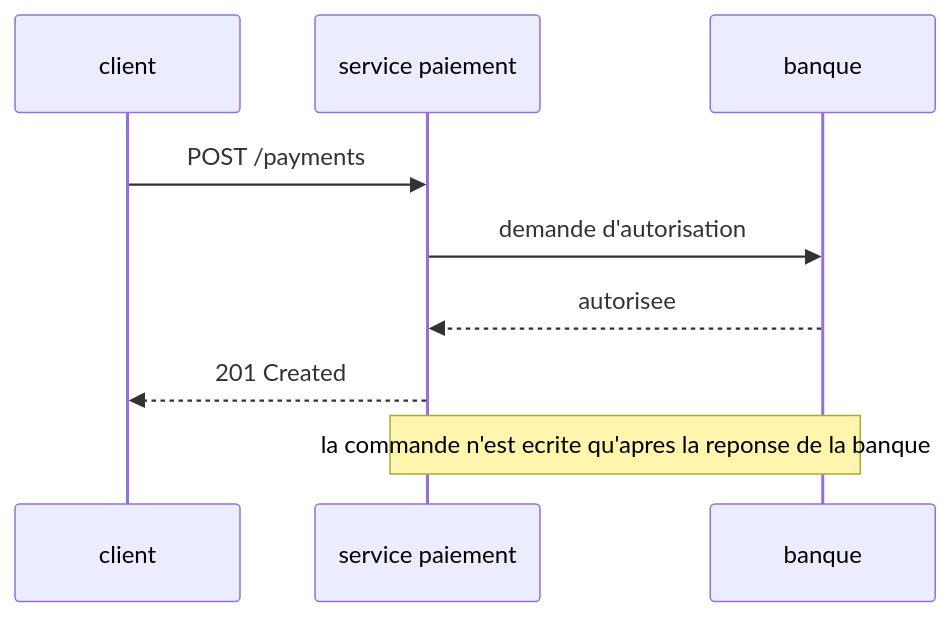
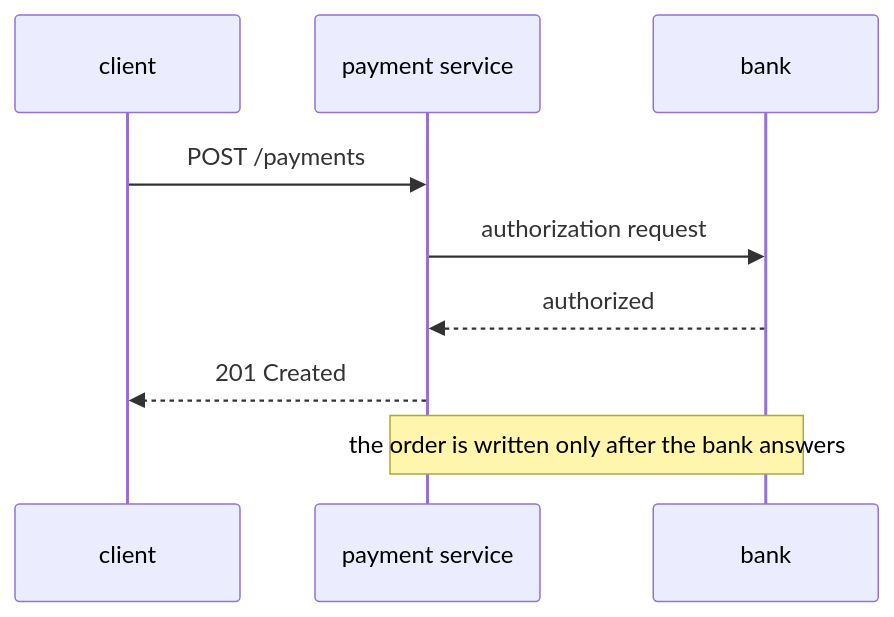
The second of 7 diagrams in skills/se-faire-comprendre/references/visuels.md (MasterLaplace/LplCraftSkills), drawn with Mermaid before and after one commit. The commit also changed other lines of this file and 16 other files, not shown here.

First line of the commit message:
docs: Mermaid diagram text moves to English, the prose stays French

````diff
--- a/skills/se-faire-comprendre/references/visuels.md
+++ b/skills/se-faire-comprendre/references/visuels.md
@@ -36,11 +36,11 @@
 ```mermaid
 sequenceDiagram
   participant C as client
-  participant P as service paiement
-  participant B as banque
+  participant P as payment service
+  participant B as bank
   C->>P: POST /payments
-  P->>B: demande d'autorisation
-  B-->>P: autorisee
+  P->>B: authorization request
+  B-->>P: authorized
   P-->>C: 201 Created
-  Note over P,B: la commande n'est ecrite qu'apres la reponse de la banque
+  Note over P,B: the order is written only after the bank answers
 ```
````
